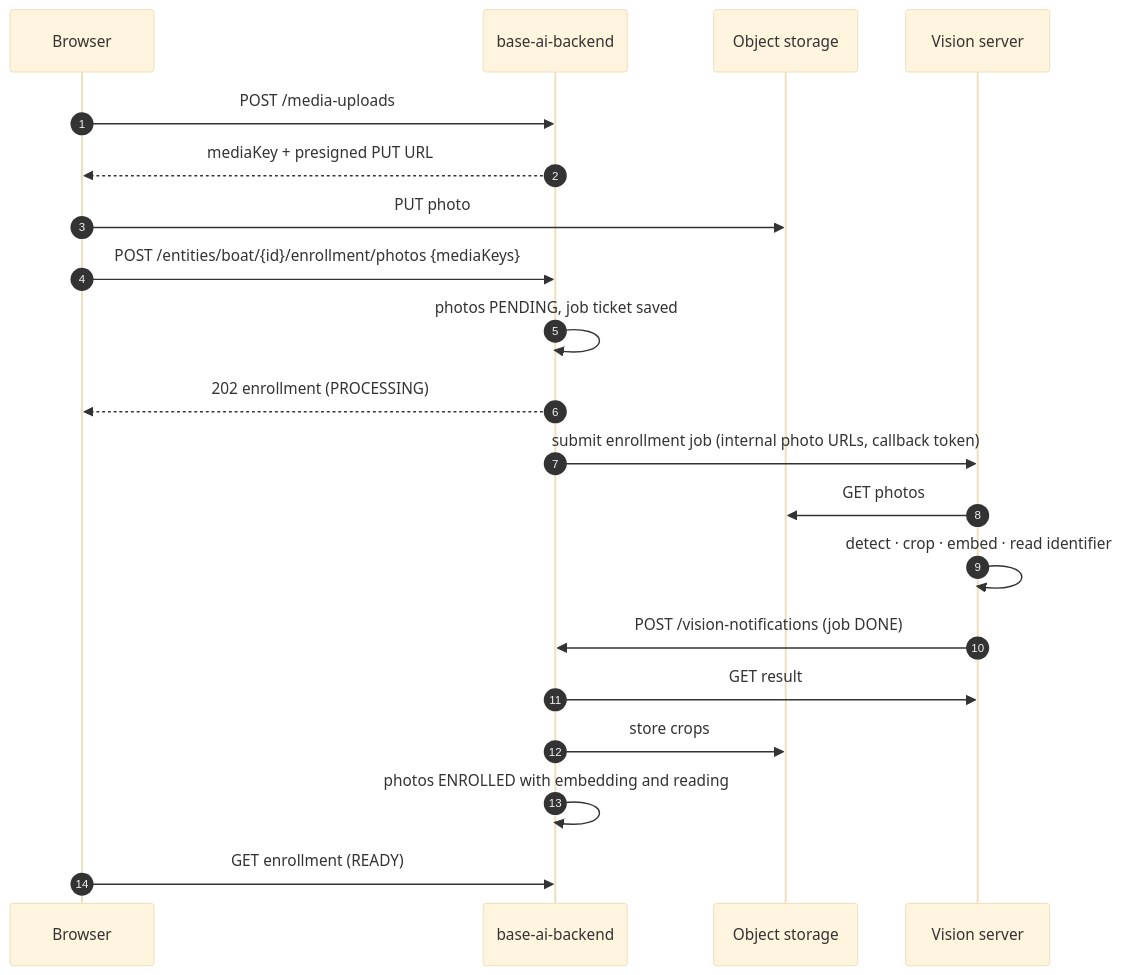
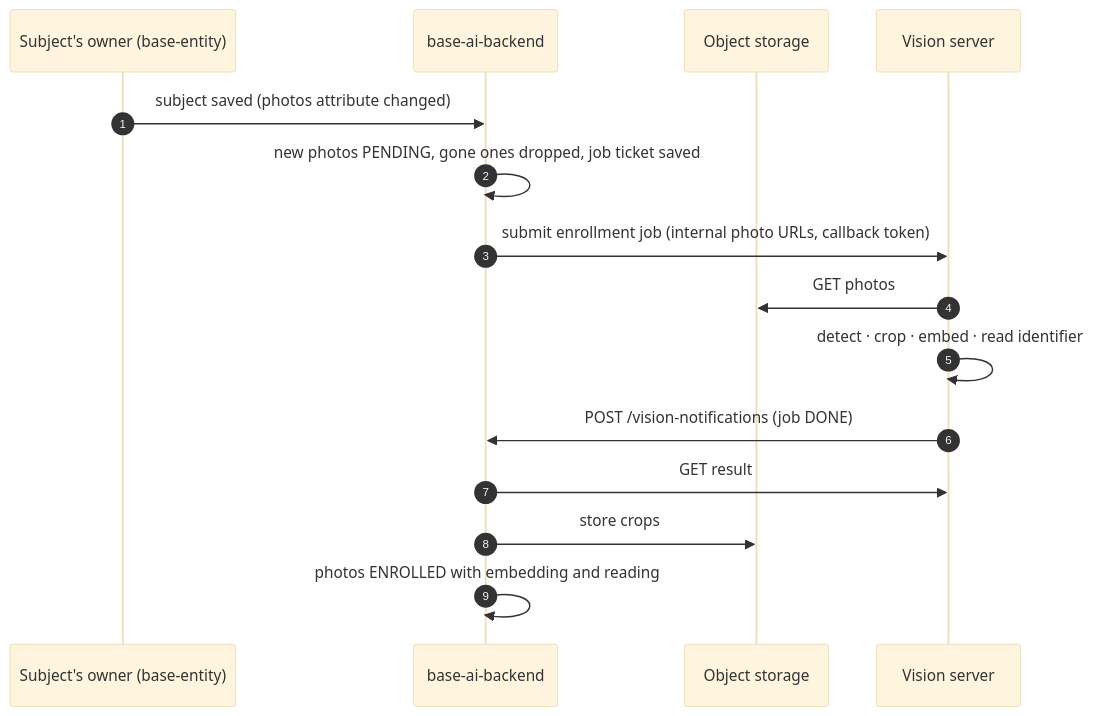
The first of 2 diagrams in libs/java-shared/base-ai-backend/README.md (ZsZs/processpuzzle), drawn with Mermaid (base theme) before and after one commit. The commit also changed other lines of this file and 84 other files, not shown here.

````diff
--- a/libs/java-shared/base-ai-backend/README.md
+++ b/libs/java-shared/base-ai-backend/README.md
@@ -19,23 +21,18 @@
 ```mermaid
 sequenceDiagram
   autonumber
-  participant UI as Browser
+  participant APP as Subject's owner (base-entity)
   participant BE as base-ai-backend
   participant S3 as Object storage
   participant VS as Vision server
 
-  UI->>BE: POST /media-uploads
-  BE-->>UI: mediaKey + presigned PUT URL
-  UI->>S3: PUT photo
-  UI->>BE: POST /entities/boat/{id}/enrollment/photos {mediaKeys}
-  BE->>BE: photos PENDING, job ticket saved
-  BE-->>UI: 202 enrollment (PROCESSING)
+  APP->>BE: subject saved (photos attribute changed)
+  BE->>BE: new photos PENDING, gone ones dropped, job ticket saved
   BE->>VS: submit enrollment job (internal photo URLs, callback token)
   VS->>S3: GET photos
   VS->>VS: detect · crop · embed · read identifier
   VS->>BE: POST /vision-notifications (job DONE)
   BE->>VS: GET result
   BE->>S3: store crops
   BE->>BE: photos ENROLLED with embedding and reading
-  UI->>BE: GET enrollment (READY)
 ```
````
